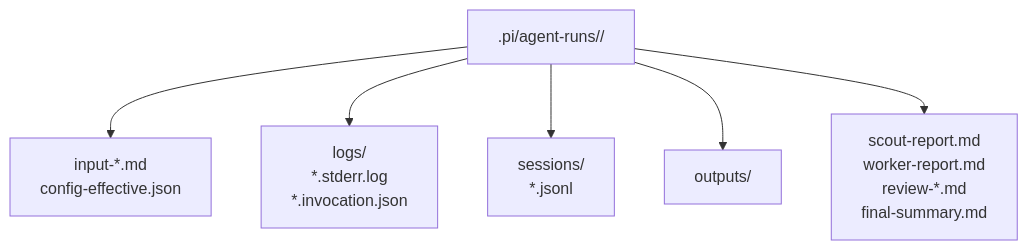
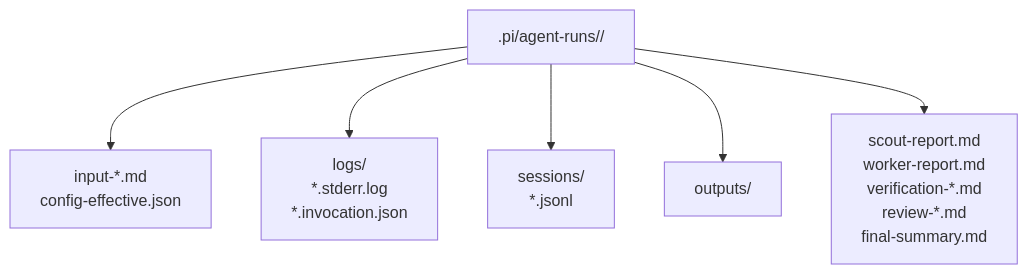
The fourth of 4 diagrams in README.md (SkipXS/pi-simple-subagents), drawn with Mermaid before and after one commit. The commit also changed other lines of this file and 8 other files, not shown here.

````diff
--- a/README.md
+++ b/README.md
@@ -206,9 +216,9 @@
 ```mermaid
 flowchart TB
   Base[".pi/agent-runs/<run-id>/"]
   Base --> Inputs["input-*.md<br/>config-effective.json"]
   Base --> Logs["logs/<br/>*.stderr.log<br/>*.invocation.json"]
   Base --> Sessions["sessions/<br/>*.jsonl"]
   Base --> Outputs["outputs/"]
-  Base --> Reports["scout-report.md<br/>worker-report.md<br/>review-*.md<br/>final-summary.md"]
+  Base --> Reports["scout-report.md<br/>worker-report.md<br/>verification-*.md<br/>review-*.md<br/>final-summary.md"]
 ```
````
